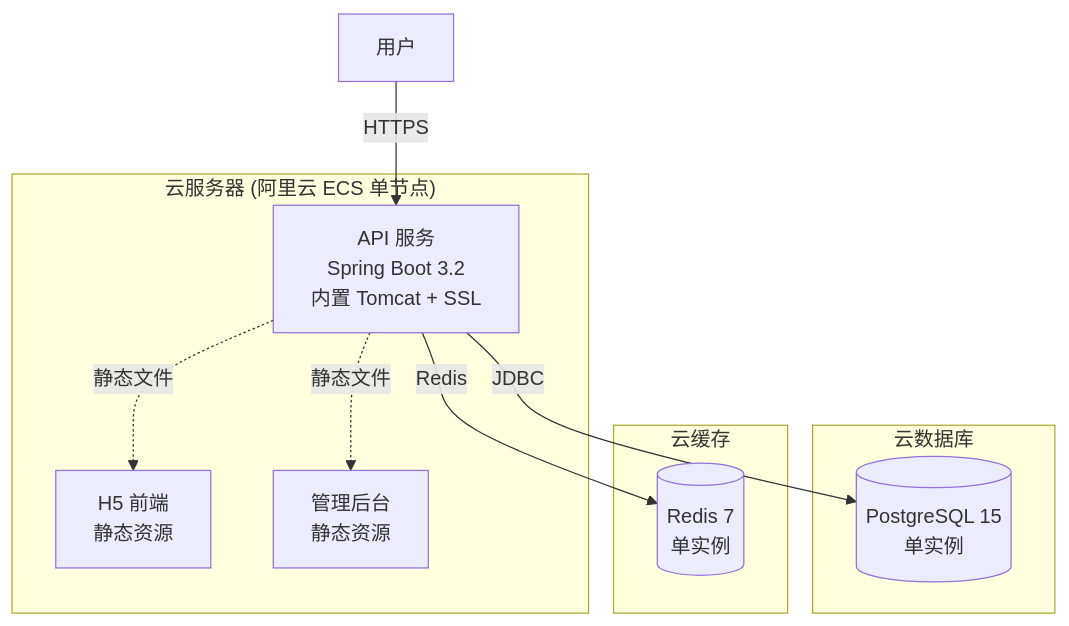
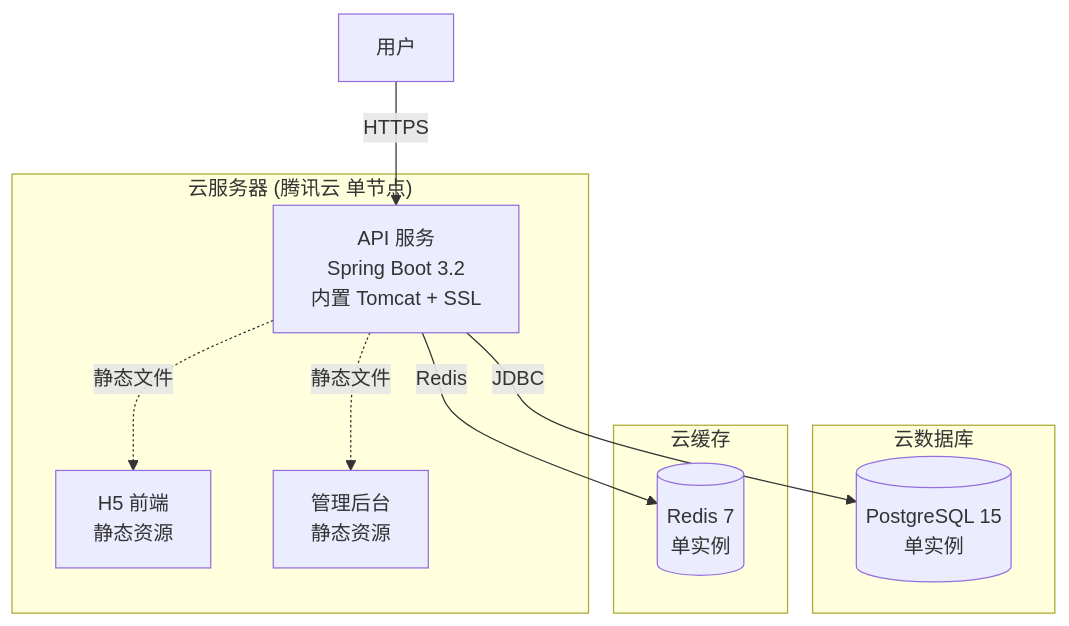
One commit to yiancode/AutoDepositRefundAgent changed diagram 52 of 54 in docs/v1/技术方案.md. Above: the diagram before and after it, drawn with Mermaid. The commit also changed other lines of this file and 2 other files, not shown here.

````diff
--- a/docs/v1/技术方案.md
+++ b/docs/v1/技术方案.md
@@ -3117,22 +3117,22 @@
 ```mermaid
 flowchart TB
-    subgraph Cloud["云服务器 (阿里云 ECS 单节点)"]
+    subgraph Cloud["云服务器 (腾讯云 单节点)"]
         api["API 服务<br/>Spring Boot 3.2<br/>内置 Tomcat + SSL"]
         h5Static["H5 前端<br/>静态资源"]
         adminStatic["管理后台<br/>静态资源"]
     end
 
     subgraph RDS["云数据库"]
         postgres[("PostgreSQL 15<br/>单实例")]
     end
 
     subgraph Cache["云缓存"]
         redis[("Redis 7<br/>单实例")]
     end
 
     User["用户"] -->|HTTPS| api
     api -->|JDBC| postgres
     api -->|Redis| redis
     api -.->|静态文件| h5Static
     api -.->|静态文件| adminStatic
 ```
````
